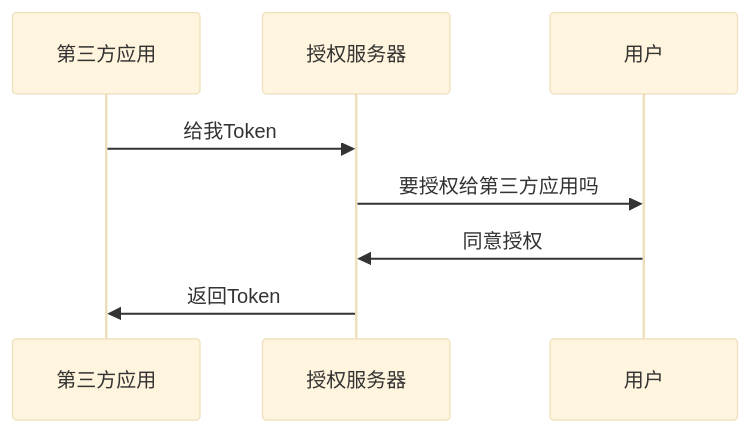
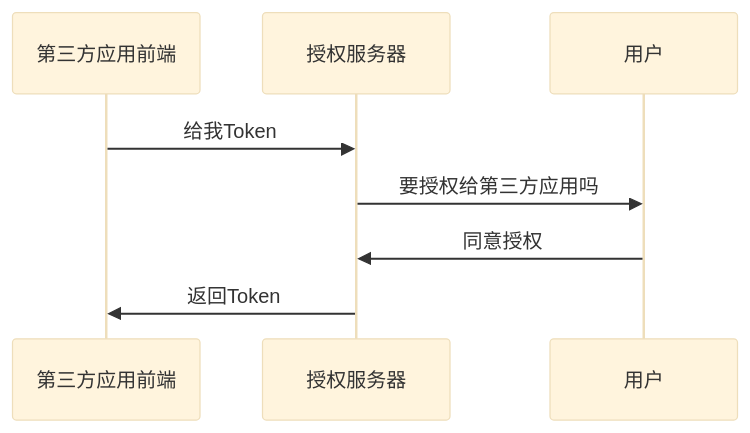
The first of 3 diagrams in 计算机/JavaWeb/后端/Spring Security/4-1 OAuth 2.md (poppop9/obsidian), drawn with Mermaid (base theme) before and after one commit. The commit also changed other lines of this file and 2 other files, not shown here.

````diff
--- a/计算机/JavaWeb/后端/Spring Security/4-1 OAuth 2.md
+++ b/计算机/JavaWeb/后端/Spring Security/4-1 OAuth 2.md
@@ -37,11 +37,11 @@
 ```mermaid
 sequenceDiagram
-	participant D as 第三方应用
+	participant D as 第三方应用前端
 	participant S as 授权服务器
 	participant Y as 用户
 
 	D->>S: 给我Token
 	S->>Y: 要授权给第三方应用吗
 	Y->>S: 同意授权
 	S->>D: 返回Token
 ```
````
